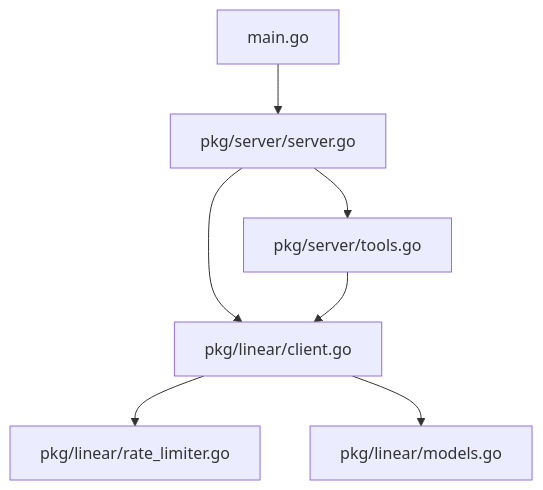
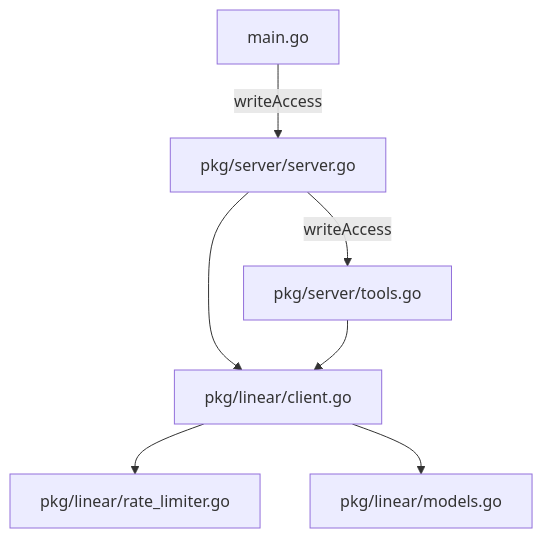
Before and after one commit to geropl/linear-mcp-go: the first of 3 diagrams in memory-bank/systemPatterns.md, drawn with Mermaid. The commit also changed other lines of this file and 8 other files, not shown here.

First line of the commit message:
[feature] Introduce --write-access (default: false)

````diff
--- a/memory-bank/systemPatterns.md
+++ b/memory-bank/systemPatterns.md
@@ -6,9 +6,9 @@
 ```mermaid
 flowchart TD
-    Main[main.go] --> Server[pkg/server/server.go]
-    Server --> Tools[pkg/server/tools.go]
+    Main[main.go] --> |writeAccess| Server[pkg/server/server.go]
+    Server --> |writeAccess| Tools[pkg/server/tools.go]
     Server --> LinearClient[pkg/linear/client.go]
     LinearClient --> RateLimiter[pkg/linear/rate_limiter.go]
     LinearClient --> Models[pkg/linear/models.go]
     Tools --> LinearClient
 ```
````
